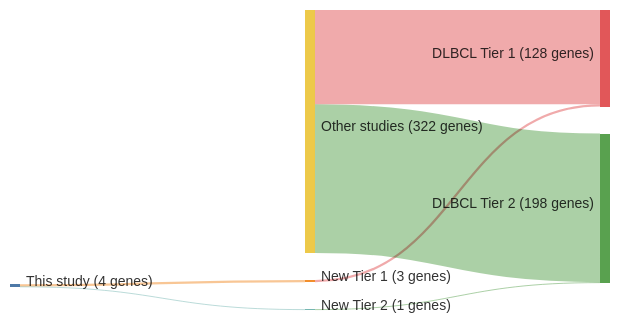
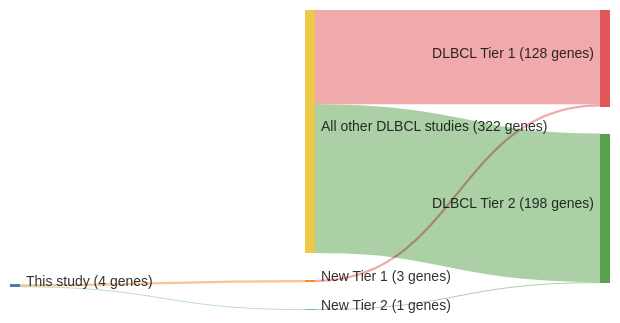
The diagram in papers/lohrDiscoveryPrioritizationSomatic2012a.md (morinlab/lymphopedia), drawn with Mermaid before and after one commit. The commit also changed 82 other files, not shown here.

````diff
--- a/papers/lohrDiscoveryPrioritizationSomatic2012a.md
+++ b/papers/lohrDiscoveryPrioritizationSomatic2012a.md
@@ -12,20 +12,20 @@
 ```mermaid
 ---
 config:
     sankey:
         showValues: true
         linkColor: target
         width: 600
         height: 300
         nodeAlignment: right
         prefix: '('
         suffix: ' genes)'
 ---
 sankey-beta
 This study, New Tier 1, 3
 New Tier 1, DLBCL Tier 1, 3
 This study, New Tier 2, 1
 New Tier 2, DLBCL Tier 2, 1
-Other studies, DLBCL Tier 1, 125
-Other studies, DLBCL Tier 2, 197
+All other DLBCL studies, DLBCL Tier 1, 125
+All other DLBCL studies, DLBCL Tier 2, 197
 ```
````
